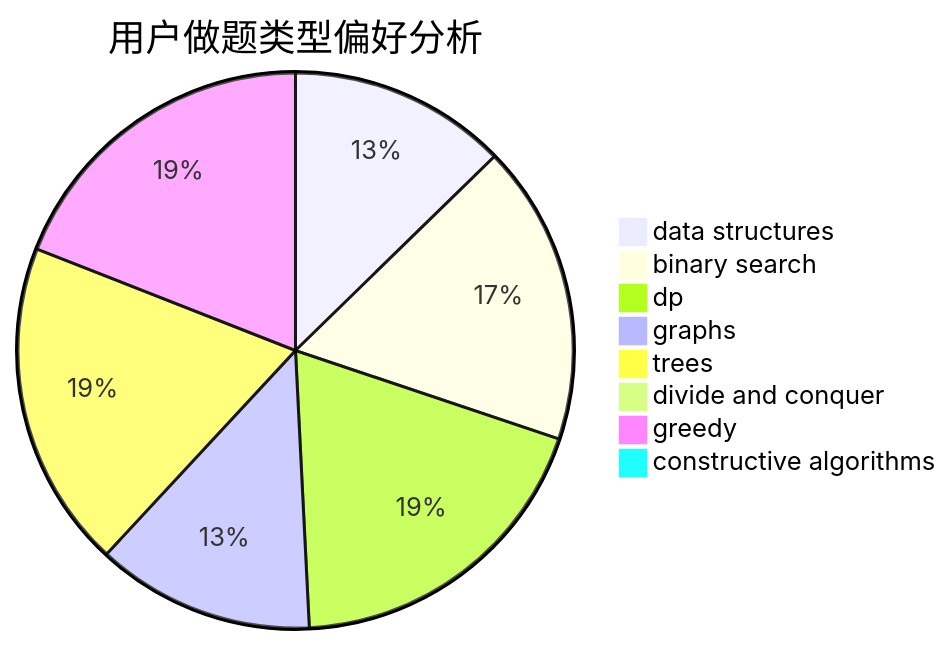
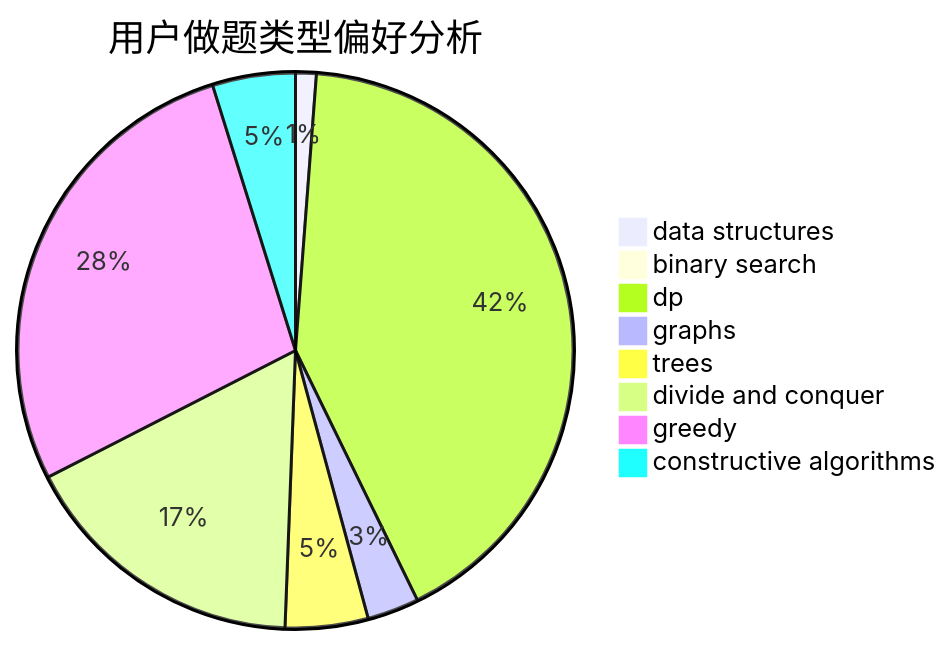
Before and after one commit to sherpahu/cfrs.github.io: the second of 3 diagrams in docs/user/u777.md, drawn with Mermaid. The commit also changed other lines of this file and 2770 other files, not shown here.

````diff
--- a/docs/user/u777.md
+++ b/docs/user/u777.md
@@ -23,11 +23,11 @@
 ```mermaid
 pie title 用户做题类型偏好分析
-    "data structures" :  8
-    "binary search" :  11
-    "dp" :  12
-    "graphs" :  8
-    "trees" :  12
-    "divide and conquer" :  0
-    "greedy" :  12
-    "constructive algorithms" :  0
+    "data structures" :  2
+    "binary search" :  0
+    "dp" :  69
+    "graphs" :  5
+    "trees" :  8
+    "divide and conquer" :  28
+    "greedy" :  46
+    "constructive algorithms" :  8
 ```
````
